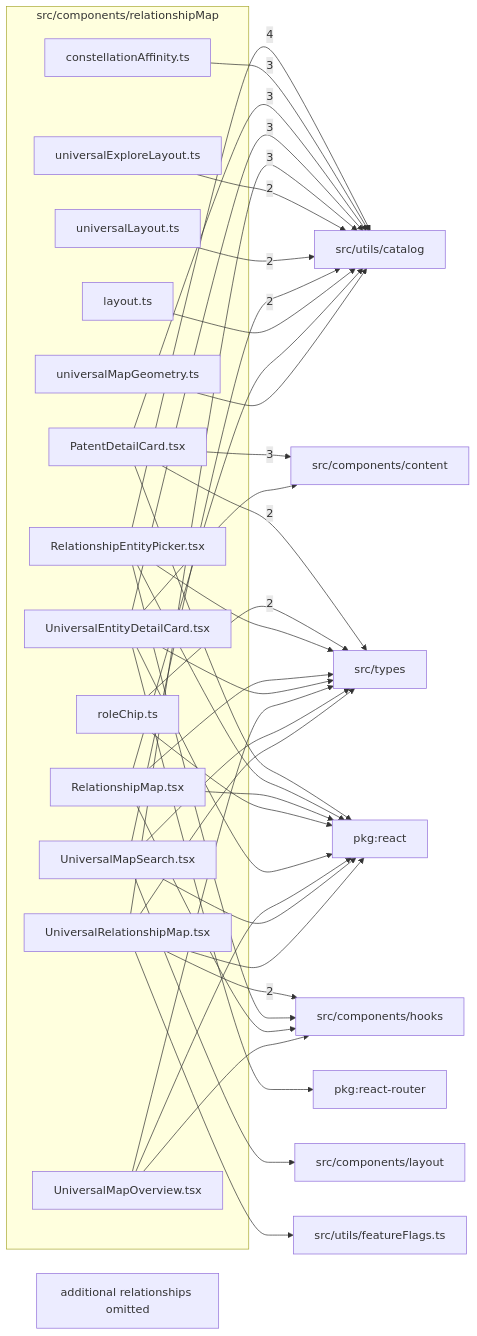
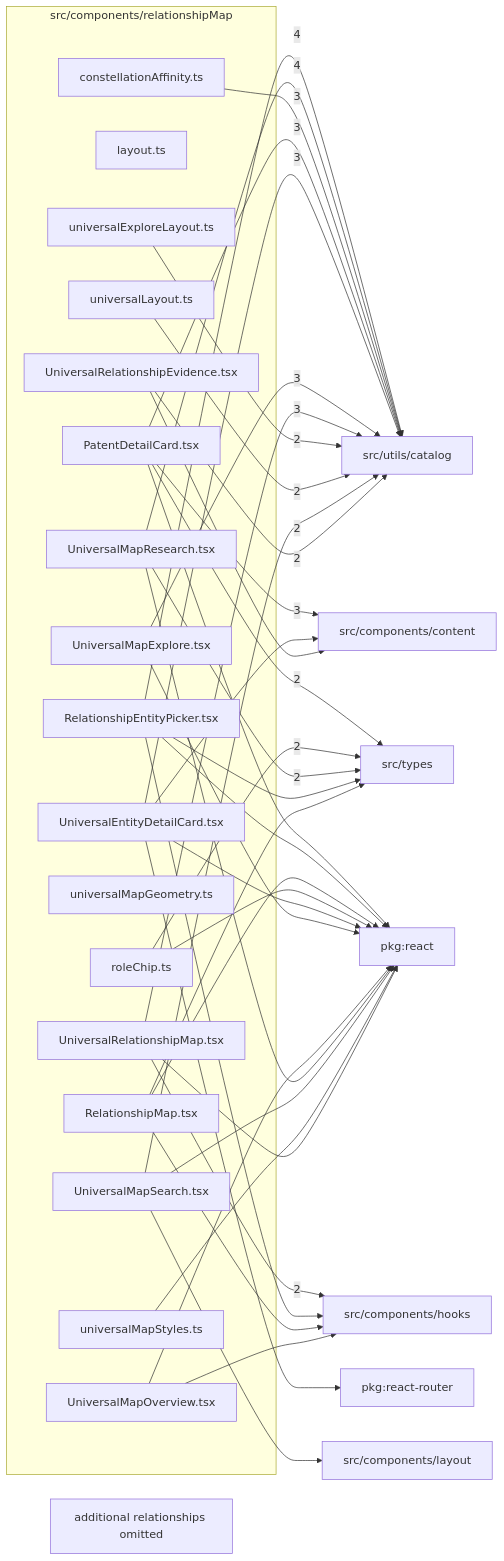
One commit to BeamFour/LensVisualizer changed the diagram in src/components/relationshipMap/readme.md. Above: the diagram before and after it, drawn with Mermaid. The commit also changed other lines of this file and 10 other files, not shown here.

Commit message:
Add neighborhood exploration and evidence-based research views

````diff
--- a/src/components/relationshipMap/readme.md
+++ b/src/components/relationshipMap/readme.md
@@ -9,63 +9,66 @@
 ```mermaid
 flowchart LR
   subgraph n_src_components_relationshipMap["src/components/relationshipMap"]
     n_src_components_relationshipMap_src_components_relationshipMap_constellationAffinity_ts["constellationAffinity.ts"]
     n_src_components_relationshipMap_src_components_relationshipMap_layout_ts["layout.ts"]
     n_src_components_relationshipMap_src_components_relationshipMap_PatentDetailCard_tsx["PatentDetailCard.tsx"]
     n_src_components_relationshipMap_src_components_relationshipMap_RelationshipEntityPicker_tsx["RelationshipEntityPicker.tsx"]
     n_src_components_relationshipMap_src_components_relationshipMap_RelationshipMap_tsx["RelationshipMap.tsx"]
     n_src_components_relationshipMap_src_components_relationshipMap_roleChip_ts["roleChip.ts"]
     n_src_components_relationshipMap_src_components_relationshipMap_UniversalEntityDetailCard_tsx["UniversalEntityDetailCard.tsx"]
     n_src_components_relationshipMap_src_components_relationshipMap_universalExploreLayout_ts["universalExploreLayout.ts"]
     n_src_components_relationshipMap_src_components_relationshipMap_universalLayout_ts["universalLayout.ts"]
+    n_src_components_relationshipMap_src_components_relationshipMap_UniversalMapExplore_tsx["UniversalMapExplore.tsx"]
     n_src_components_relationshipMap_src_components_relationshipMap_universalMapGeometry_ts["universalMapGeometry.ts"]
     n_src_components_relationshipMap_src_components_relationshipMap_UniversalMapOverview_tsx["UniversalMapOverview.tsx"]
+    n_src_components_relationshipMap_src_components_relationshipMap_UniversalMapResearch_tsx["UniversalMapResearch.tsx"]
     n_src_components_relationshipMap_src_components_relationshipMap_UniversalMapSearch_tsx["UniversalMapSearch.tsx"]
+    n_src_components_relationshipMap_src_components_relationshipMap_universalMapStyles_ts["universalMapStyles.ts"]
+    n_src_components_relationshipMap_src_components_relationshipMap_UniversalRelationshipEvidence_tsx["UniversalRelationshipEvidence.tsx"]
     n_src_components_relationshipMap_src_components_relationshipMap_UniversalRelationshipMap_tsx["UniversalRelationshipMap.tsx"]
   end
   n_external_src_utils_catalog["src/utils/catalog"]
   n_external_src_components_content["src/components/content"]
   n_external_src_components_hooks["src/components/hooks"]
   n_external_src_types["src/types"]
   n_external_pkg_react["pkg:react"]
   n_external_pkg_react_router["pkg:react-router"]
   n_external_src_components_layout["src/components/layout"]
-  n_external_src_utils_featureFlags_ts["src/utils/featureFlags.ts"]
   n_src_components_relationshipMap_src_components_relationshipMap_RelationshipEntityPicker_tsx --> |4| n_external_src_utils_catalog
+  n_src_components_relationshipMap_src_components_relationshipMap_UniversalMapResearch_tsx --> |4| n_external_src_utils_catalog
   n_src_components_relationshipMap_src_components_relationshipMap_PatentDetailCard_tsx --> |3| n_external_src_components_content
   n_src_components_relationshipMap_src_components_relationshipMap_constellationAffinity_ts --> |3| n_external_src_utils_catalog
   n_src_components_relationshipMap_src_components_relationshipMap_PatentDetailCard_tsx --> |3| n_external_src_utils_catalog
   n_src_components_relationshipMap_src_components_relationshipMap_UniversalEntityDetailCard_tsx --> |3| n_external_src_utils_catalog
+  n_src_components_relationshipMap_src_components_relationshipMap_UniversalMapExplore_tsx --> |3| n_external_src_utils_catalog
   n_src_components_relationshipMap_src_components_relationshipMap_UniversalRelationshipMap_tsx --> |3| n_external_src_utils_catalog
   n_src_components_relationshipMap_src_components_relationshipMap_UniversalRelationshipMap_tsx --> |2| n_external_src_components_hooks
   n_src_components_relationshipMap_src_components_relationshipMap_PatentDetailCard_tsx --> |2| n_external_src_types
   n_src_components_relationshipMap_src_components_relationshipMap_roleChip_ts --> |2| n_external_src_types
+  n_src_components_relationshipMap_src_components_relationshipMap_UniversalMapResearch_tsx --> |2| n_external_src_types
   n_src_components_relationshipMap_src_components_relationshipMap_universalExploreLayout_ts --> |2| n_external_src_utils_catalog
   n_src_components_relationshipMap_src_components_relationshipMap_universalLayout_ts --> |2| n_external_src_utils_catalog
   n_src_components_relationshipMap_src_components_relationshipMap_UniversalMapSearch_tsx --> |2| n_external_src_utils_catalog
+  n_src_components_relationshipMap_src_components_relationshipMap_UniversalRelationshipEvidence_tsx --> |2| n_external_src_utils_catalog
   n_src_components_relationshipMap_src_components_relationshipMap_PatentDetailCard_tsx --> n_external_pkg_react
   n_src_components_relationshipMap_src_components_relationshipMap_RelationshipEntityPicker_tsx --> n_external_pkg_react
   n_src_components_relationshipMap_src_components_relationshipMap_RelationshipMap_tsx --> n_external_pkg_react
   n_src_components_relationshipMap_src_components_relationshipMap_roleChip_ts --> n_external_pkg_react
   n_src_components_relationshipMap_src_components_relationshipMap_UniversalEntityDetailCard_tsx --> n_external_pkg_react
+  n_src_components_relationshipMap_src_components_relationshipMap_UniversalMapExplore_tsx --> n_external_pkg_react
   n_src_components_relationshipMap_src_components_relationshipMap_UniversalMapOverview_tsx --> n_external_pkg_react
+  n_src_components_relationshipMap_src_components_relationshipMap_UniversalMapResearch_tsx --> n_external_pkg_react
   n_src_components_relationshipMap_src_components_relationshipMap_UniversalMapSearch_tsx --> n_external_pkg_react
+  n_src_components_relationshipMap_src_components_relationshipMap_universalMapStyles_ts --> n_external_pkg_react
   n_src_components_relationshipMap_src_components_relationshipMap_UniversalRelationshipMap_tsx --> n_external_pkg_react
   n_src_components_relationshipMap_src_components_relationshipMap_UniversalEntityDetailCard_tsx --> n_external_pkg_react_router
   n_src_components_relationshipMap_src_components_relationshipMap_UniversalEntityDetailCard_tsx --> n_external_src_components_content
+  n_src_components_relationshipMap_src_components_relationshipMap_UniversalRelationshipEvidence_tsx --> n_external_src_components_content
   n_src_components_relationshipMap_src_components_relationshipMap_RelationshipEntityPicker_tsx --> n_external_src_components_hooks
   n_src_components_relationshipMap_src_components_relationshipMap_RelationshipMap_tsx --> n_external_src_components_hooks
   n_src_components_relationshipMap_src_components_relationshipMap_UniversalMapOverview_tsx --> n_external_src_components_hooks
   n_src_components_relationshipMap_src_components_relationshipMap_UniversalMapSearch_tsx --> n_external_src_components_layout
   n_src_components_relationshipMap_src_components_relationshipMap_RelationshipEntityPicker_tsx --> n_external_src_types
   n_src_components_relationshipMap_src_components_relationshipMap_RelationshipMap_tsx --> n_external_src_types
-  n_src_components_relationshipMap_src_components_relationshipMap_UniversalEntityDetailCard_tsx --> n_external_src_types
-  n_src_components_relationshipMap_src_components_relationshipMap_UniversalMapOverview_tsx --> n_external_src_types
-  n_src_components_relationshipMap_src_components_relationshipMap_UniversalMapSearch_tsx --> n_external_src_types
-  n_src_components_relationshipMap_src_components_relationshipMap_UniversalRelationshipMap_tsx --> n_external_src_types
-  n_src_components_relationshipMap_src_components_relationshipMap_layout_ts --> n_external_src_utils_catalog
-  n_src_components_relationshipMap_src_components_relationshipMap_RelationshipMap_tsx --> n_external_src_utils_catalog
-  n_src_components_relationshipMap_src_components_relationshipMap_universalMapGeometry_ts --> n_external_src_utils_catalog
-  n_src_components_relationshipMap_src_components_relationshipMap_UniversalRelationshipMap_tsx --> n_external_src_utils_featureFlags_ts
   n_src_components_relationshipMap_truncated["additional relationships omitted"]
 ```
````
